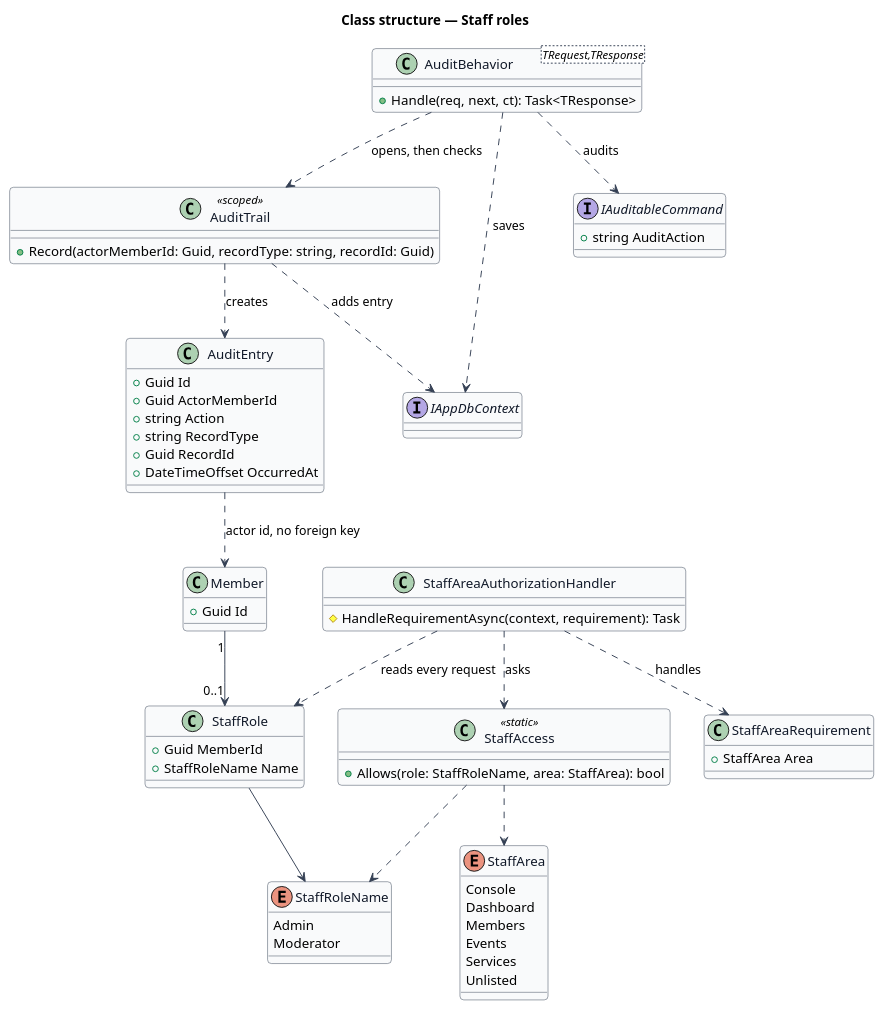
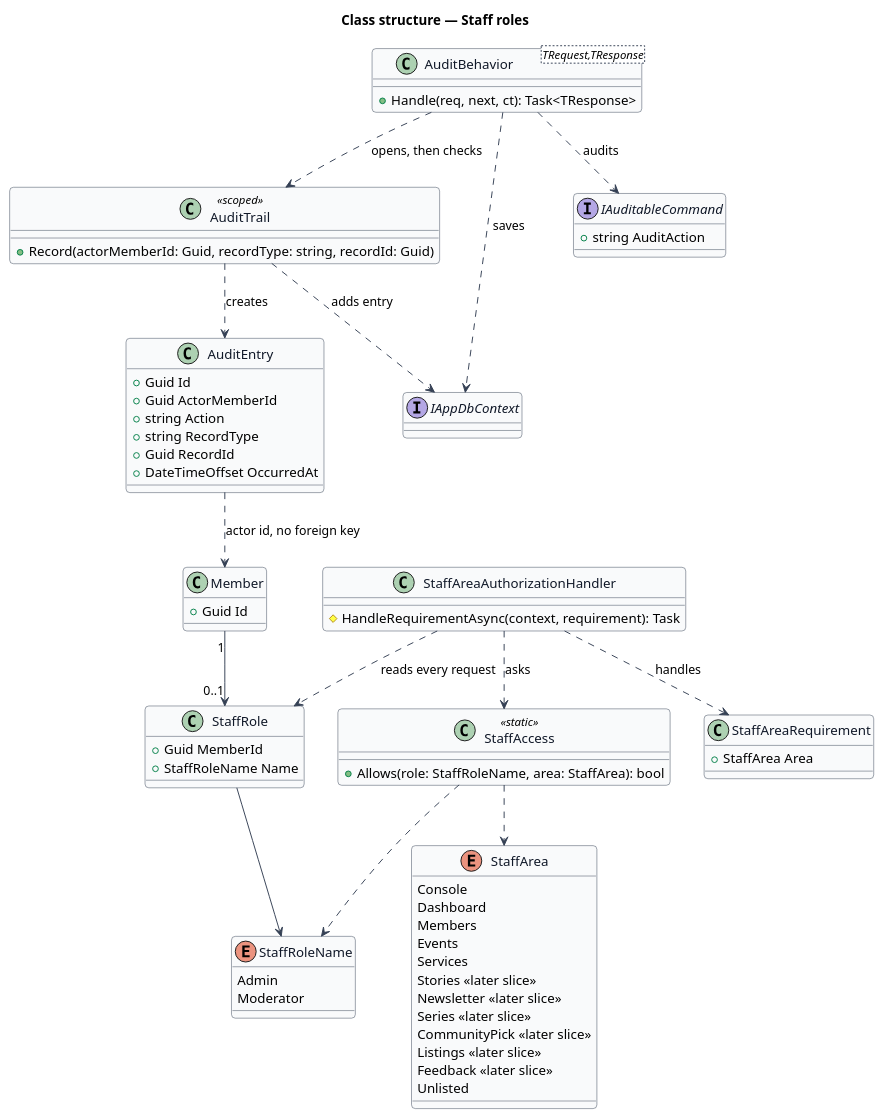
One commit to QuinntyneBrown/christian-fitness changed the diagram in docs/detailed-designs/admin-access/staff-roles/diagrams/class.puml. Above: the diagram before and after it, drawn with PlantUML. The commit also changed 84 other files, not shown here.

```diff
--- a/docs/detailed-designs/admin-access/staff-roles/diagrams/class.puml
+++ b/docs/detailed-designs/admin-access/staff-roles/diagrams/class.puml
@@ -1,74 +1,80 @@
 @startuml
 skinparam backgroundColor #FFFFFF
 skinparam shadowing false
 skinparam roundcorner 8
 skinparam defaultFontName Arial
 skinparam ArrowColor #344054
 skinparam class {
   BorderColor #344054
   FontColor #101828
   BackgroundColor #F9FAFB
 }
 title Class structure — Staff roles
 
 class Member {
   +Guid Id
 }
 class StaffRole {
   +Guid MemberId
   +StaffRoleName Name
 }
 enum StaffRoleName {
   Admin
   Moderator
 }
 interface IAuditableCommand {
   +string AuditAction
 }
 class AuditTrail <<scoped>> {
   +Record(actorMemberId: Guid, recordType: string, recordId: Guid)
 }
 class "AuditBehavior<TRequest,TResponse>" as AuditBehavior {
   +Handle(req, next, ct): Task<TResponse>
 }
 class AuditEntry {
   +Guid Id
   +Guid ActorMemberId
   +string Action
   +string RecordType
   +Guid RecordId
   +DateTimeOffset OccurredAt
 }
 enum StaffArea {
   Console
   Dashboard
   Members
   Events
   Services
+  Stories <<later slice>>
+  Newsletter <<later slice>>
+  Series <<later slice>>
+  CommunityPick <<later slice>>
+  Listings <<later slice>>
+  Feedback <<later slice>>
   Unlisted
 }
 class StaffAccess <<static>> {
   +Allows(role: StaffRoleName, area: StaffArea): bool
 }
 class StaffAreaRequirement {
   +StaffArea Area
 }
 class StaffAreaAuthorizationHandler {
   #HandleRequirementAsync(context, requirement): Task
 }
 interface IAppDbContext
 
 Member "1" --> "0..1" StaffRole
 StaffRole --> StaffRoleName
 AuditBehavior ..> IAuditableCommand : audits
 AuditBehavior ..> AuditTrail : opens, then checks
 AuditBehavior ..> IAppDbContext : saves
 AuditTrail ..> AuditEntry : creates
 AuditTrail ..> IAppDbContext : adds entry
 StaffAreaAuthorizationHandler ..> StaffAreaRequirement : handles
 StaffAreaAuthorizationHandler ..> StaffRole : reads every request
 StaffAreaAuthorizationHandler ..> StaffAccess : asks
 StaffAccess ..> StaffArea
 StaffAccess ..> StaffRoleName
 AuditEntry ..> Member : actor id, no foreign key
 @enduml
```
